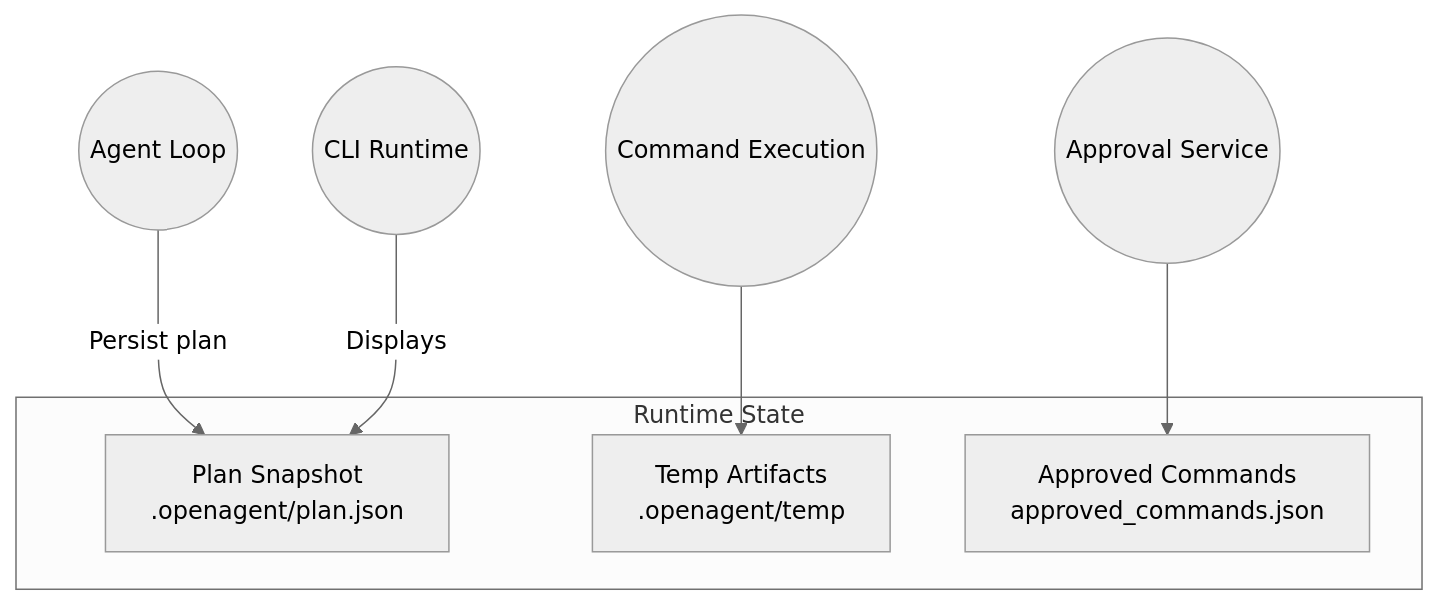
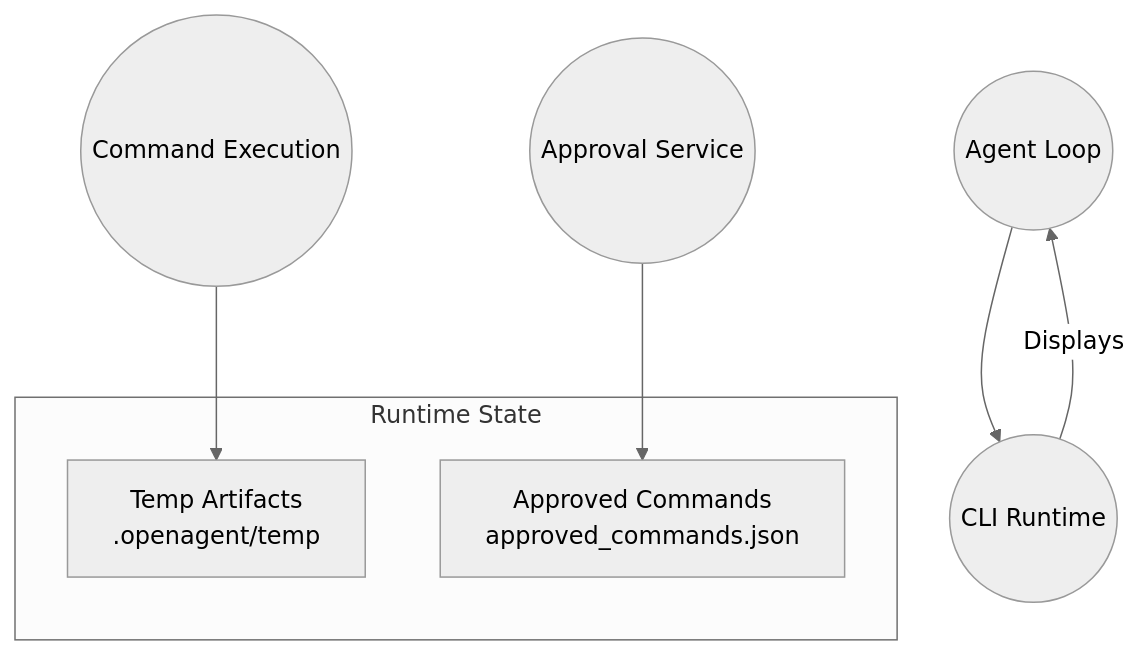
One commit to asynkron/OpenAgent changed the third of 3 diagrams in docs/architecture.md. Above: the diagram before and after it, drawn with Mermaid (neutral theme). The commit also changed other lines of this file and 10 other files, not shown here.

````diff
--- a/docs/architecture.md
+++ b/docs/architecture.md
@@ -130,13 +130,12 @@
 ```mermaid
 graph TB
     subgraph Runtime State
-        Plan["Plan Snapshot\n.openagent/plan.json"]
         TempDir["Temp Artifacts\n.openagent/temp"]
         Approvals["Approved Commands\napproved_commands.json"]
     end
 
-    Loop((Agent Loop)) -->|Persist plan| Plan
+    Loop((Agent Loop)) --> CLI((CLI Runtime))
     CmdExec((Command Execution)) --> TempDir
     ApprovalSvc((Approval Service)) --> Approvals
-    CLI((CLI Runtime)) -->|Displays| Plan
+    CLI -->|Displays| Loop
 ```
````
